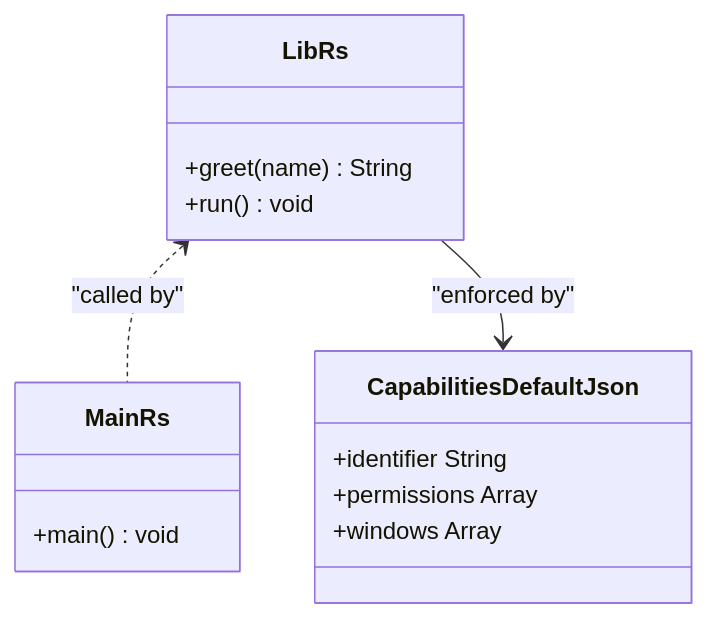
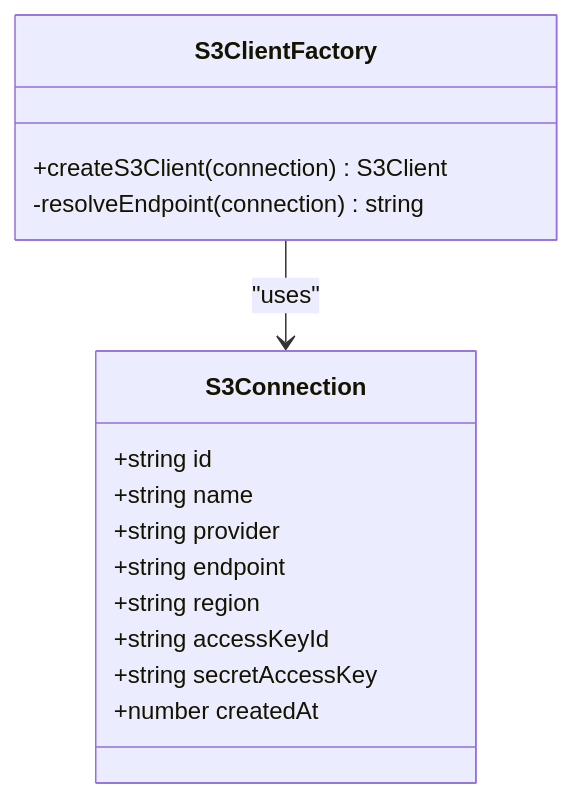
Before and after one commit to nasrulhadi/s3-explorer: the fourth of 8 diagrams in .qoder/repowiki/en/content/Architecture Overview.md, drawn with Mermaid. The commit also changed other lines of this file and 46 other files, not shown here.

````diff
--- a/.qoder/repowiki/en/content/Architecture Overview.md
+++ b/.qoder/repowiki/en/content/Architecture Overview.md
@@ -172,17 +184,18 @@
 ```mermaid
 classDiagram
-class LibRs {
-+greet(name) String
-+run() void
+class S3Connection {
++string id
++string name
++string provider
++string endpoint
++string region
++string accessKeyId
++string secretAccessKey
++number createdAt
 }
-class MainRs {
-+main() void
+class S3ClientFactory {
++createS3Client(connection) S3Client
+-resolveEndpoint(connection) string
 }
-class CapabilitiesDefaultJson {
-+identifier String
-+permissions Array
-+windows Array
-}
-LibRs <.. MainRs : "called by"
-LibRs --> CapabilitiesDefaultJson : "enforced by"
+S3ClientFactory --> S3Connection : "uses"
 ```
````
